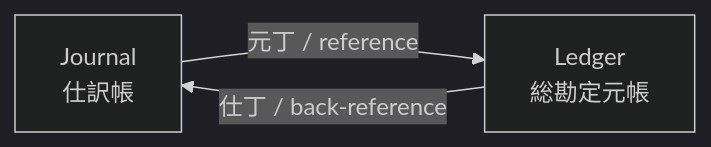
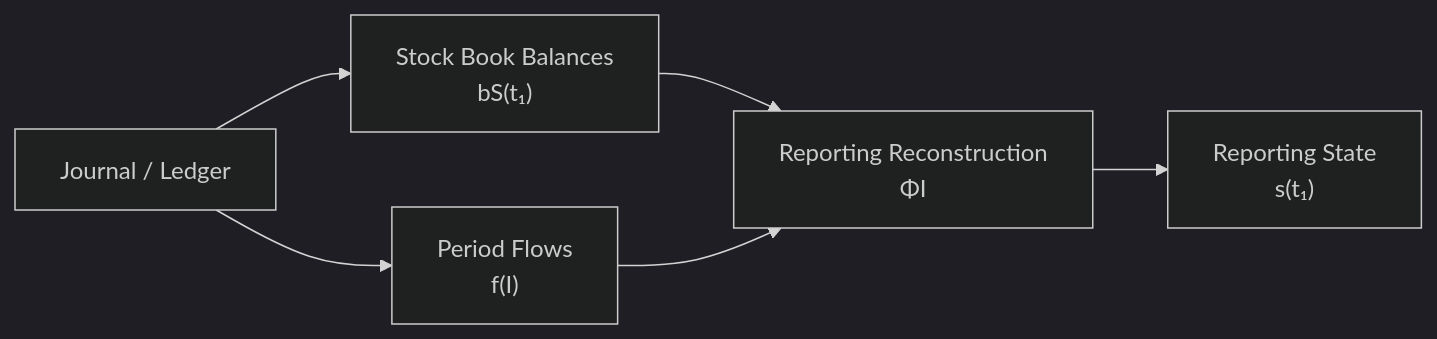
One commit to niikei/accounting-state-model changed the third of 4 diagrams in theory/06-journal-and-ledger.md. Above: the diagram before and after it, drawn with Mermaid (dark theme). The commit also changed other lines of this file and 5 other files, not shown here.

````diff
--- a/theory/06-journal-and-ledger.md
+++ b/theory/06-journal-and-ledger.md
@@ -111,8 +818,20 @@
 ```mermaid
 flowchart LR
-    J["Journal<br/>仕訳帳"]
-    L["Ledger<br/>総勘定元帳"]
+    HISTORY["Journal / Ledger"]
 
-    J -->|"元丁 / reference"| L
-    L -->|"仕丁 / back-reference"| J
+    BOOK["Stock Book Balances<br/>bS(t₁)"]
+
+    FLOW["Period Flows<br/>f(I)"]
+
+    PHI["Reporting Reconstruction<br/>ΦI"]
+
+    STATE["Reporting State<br/>s(t₁)"]
+
+    HISTORY --> BOOK
+    HISTORY --> FLOW
+
+    BOOK --> PHI
+    FLOW --> PHI
+
+    PHI --> STATE
 ```
````
